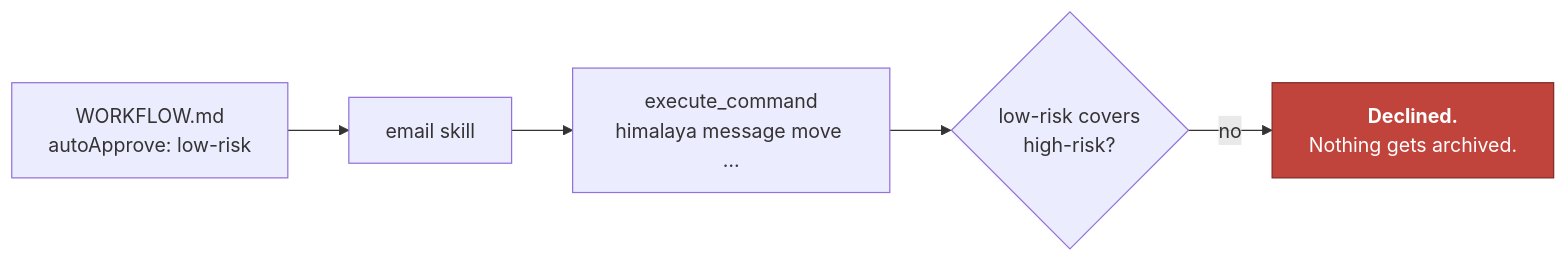
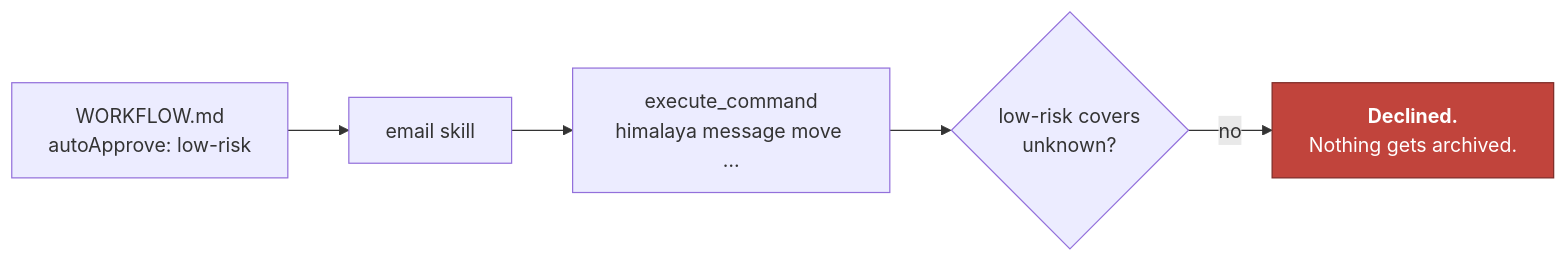
The diagram in docs/reference/workflow-frontmatter.md (lvndry/jazz), drawn with Mermaid before and after one commit. The commit also changed other lines of this file and 261 other files, not shown here.

````diff
--- a/docs/reference/workflow-frontmatter.md
+++ b/docs/reference/workflow-frontmatter.md
@@ -70,10 +70,10 @@
 ```mermaid
 flowchart LR
     W["WORKFLOW.md<br/>autoApprove: low-risk"] --> S["email skill"]
     S --> C["execute_command<br/>himalaya message move …"]
-    C --> G{"low-risk covers<br/>high-risk?"}
+    C --> G{"low-risk covers<br/>unknown?"}
     G -->|"no"| D["<b>Declined.</b><br/>Nothing gets archived."]
 
     classDef bad fill:#c1443c,stroke:#7d2b26,color:#ffffff
     class D bad
 ```
````
